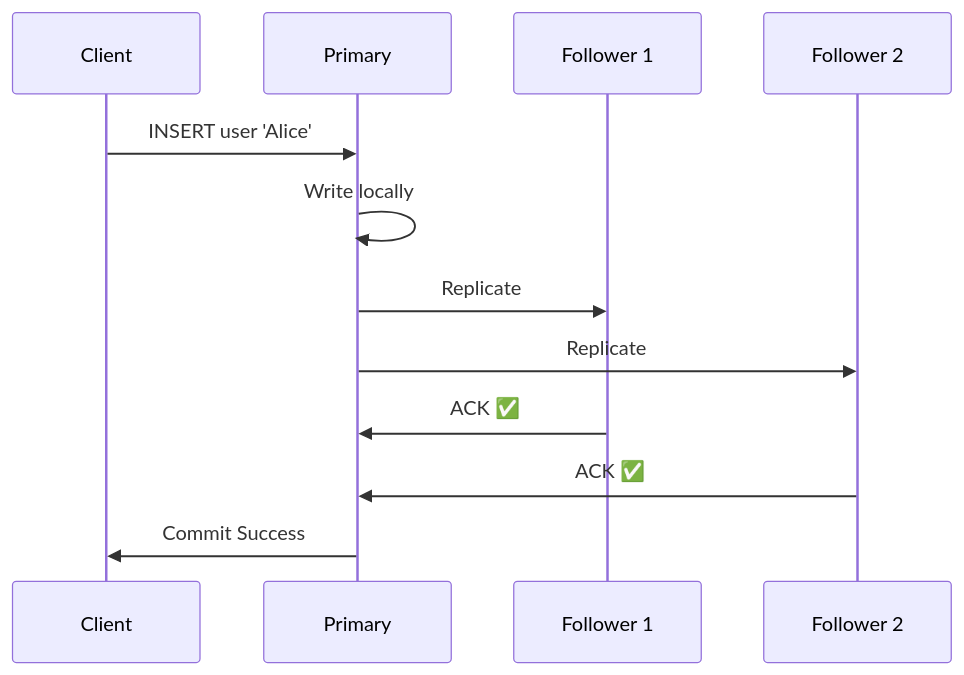
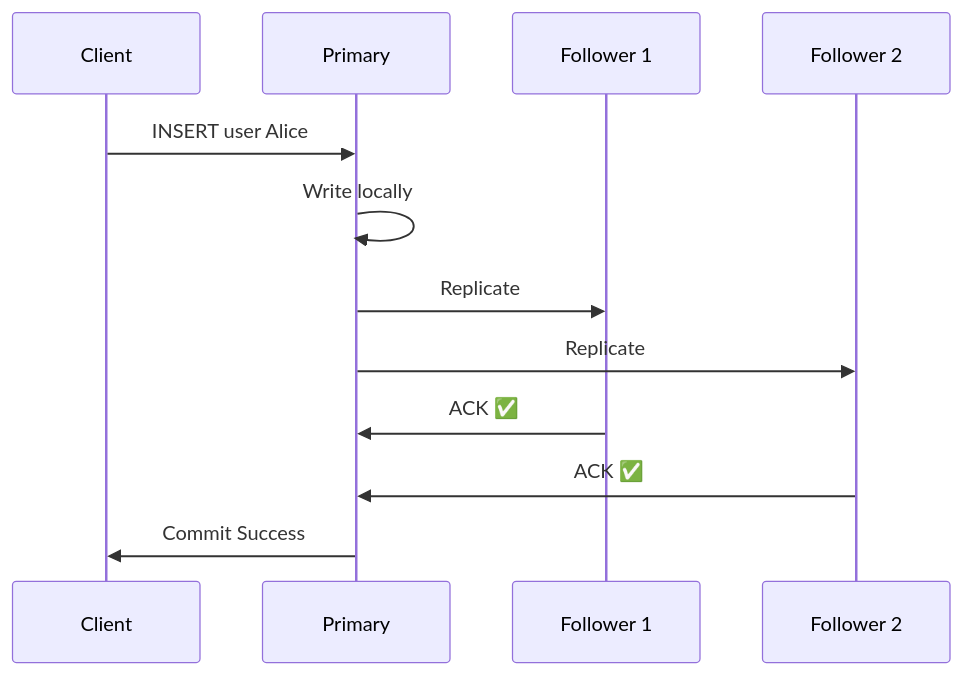
Before and after one commit to sivanagaraju/systemdesign: the second of 9 diagrams in distributed-systems/02-partitioning-and-replication/04-primary-backup-replication.md, drawn with Mermaid. The commit also changed other lines of this file and 4 other files, not shown here.

````diff
--- a/distributed-systems/02-partitioning-and-replication/04-primary-backup-replication.md
+++ b/distributed-systems/02-partitioning-and-replication/04-primary-backup-replication.md
@@ -32,15 +32,15 @@
 ```mermaid
 sequenceDiagram
     participant C as Client
     participant P as Primary
     participant F1 as Follower 1
     participant F2 as Follower 2
     
-    C->>P: INSERT user 'Alice'
+    C->>P: INSERT user Alice
     P->>P: Write locally
     P->>F1: Replicate
     P->>F2: Replicate
     F1->>P: ACK ✅
     F2->>P: ACK ✅
     P->>C: Commit Success
 ```
````
